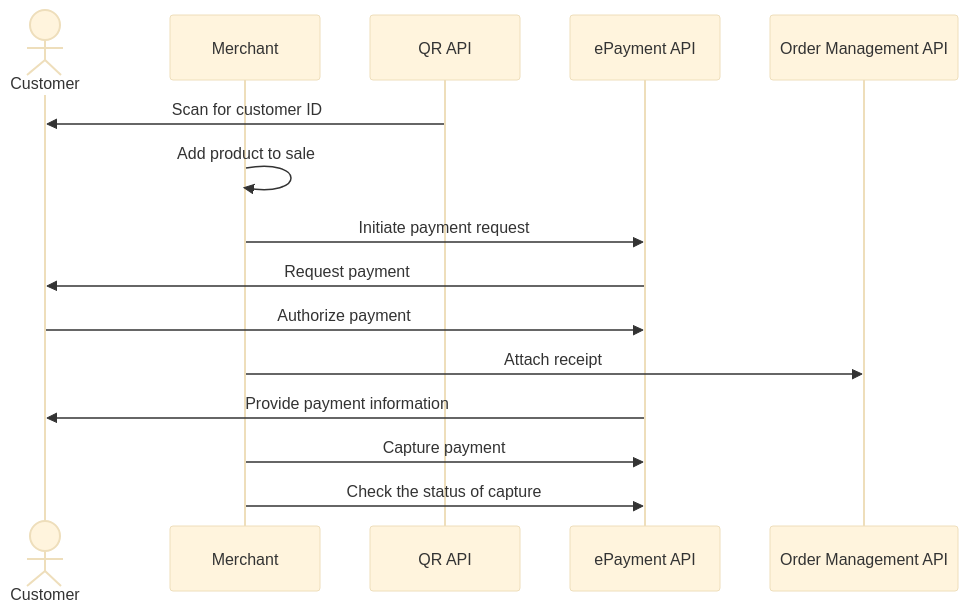
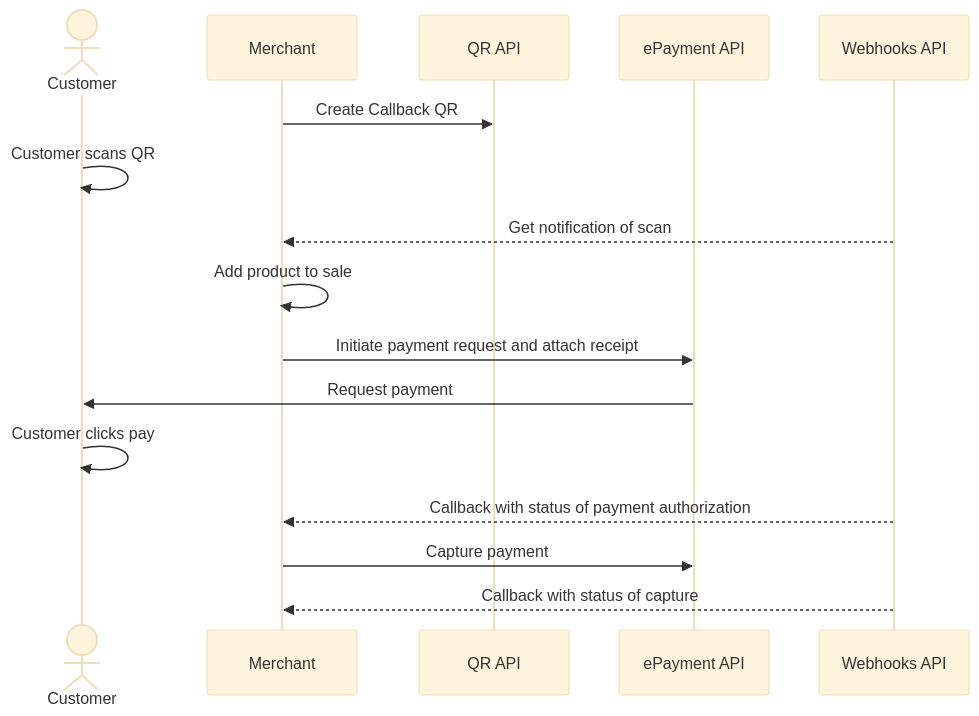
The diagram in static-qr-at-pos/README.md (vippsas/vipps-solutions), drawn with Mermaid (base theme) before and after one commit. The commit also changed other lines of this file and 22 other files, not shown here.

First line of the commit message:
Provide unique examples. Add receipt in payment request when possible. (#86)

````diff
--- a/static-qr-at-pos/README.md
+++ b/static-qr-at-pos/README.md
@@ -98,18 +184,19 @@
 ``` mermaid
 sequenceDiagram
     actor C as Customer
     participant M as Merchant
     participant QR as QR API
     participant ePayment as ePayment API
-    participant ordermanagement as Order Management API
+    participant Webhooks as Webhooks API
 
-    QR->>C: Scan for customer ID
+    M->>QR: Create Callback QR
+    C->>C: Customer scans QR
+    Webhooks-->>M: Get notification of scan
     M->>M: Add product to sale
-    M->>ePayment: Initiate payment request
+    M->>ePayment: Initiate payment request and attach receipt
     ePayment->>C: Request payment
-    C->>ePayment: Authorize payment
-    M->> ordermanagement: Attach receipt
-    ePayment->>C: Provide payment information
+    C->>C: Customer clicks pay
+    Webhooks-->>M: Callback with status of payment authorization
     M->>ePayment: Capture payment
-    M->>ePayment: Check the status of capture
+    Webhooks-->>M: Callback with status of capture
 ```
````
